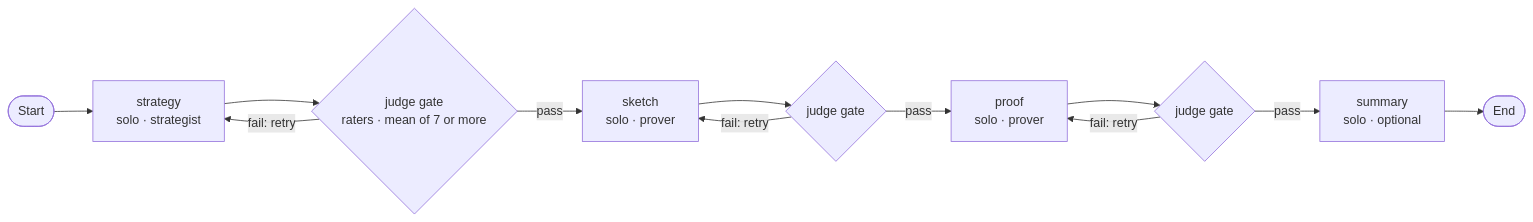
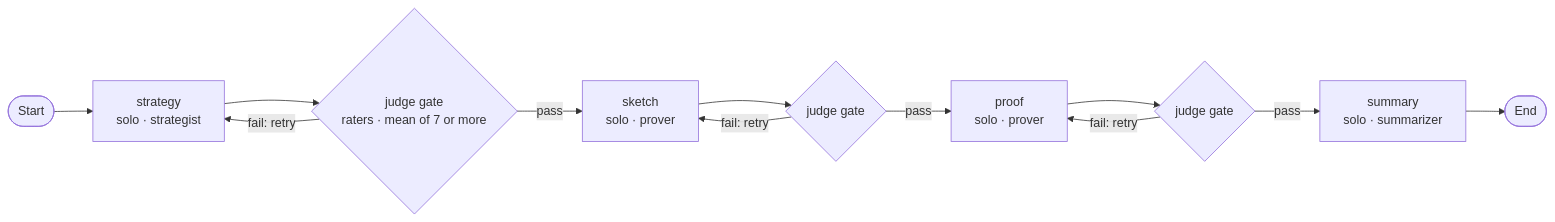
One commit to LinoBugia/agentic-research-runner changed the fourth of 7 diagrams in docs/research-groups.md. Above: the diagram before and after it, drawn with Mermaid. The commit also changed other lines of this file and 1 other file, not shown here.

````diff
--- a/docs/research-groups.md
+++ b/docs/research-groups.md
@@ -139,14 +237,14 @@
 ```mermaid
 flowchart LR
   S(["Start"]) --> A["strategy<br/>solo · strategist"]
   A --> GA{"judge gate<br/>raters · mean of 7 or more"}
   GA -->|"fail: retry"| A
   GA -->|pass| B["sketch<br/>solo · prover"]
   B --> GB{"judge gate"}
   GB -->|"fail: retry"| B
   GB -->|pass| C["proof<br/>solo · prover"]
   C --> GC{"judge gate"}
   GC -->|"fail: retry"| C
-  GC -->|pass| Z["summary<br/>solo · optional"]
+  GC -->|pass| Z["summary<br/>solo · summarizer"]
   Z --> E(["End"])
 ```
````
